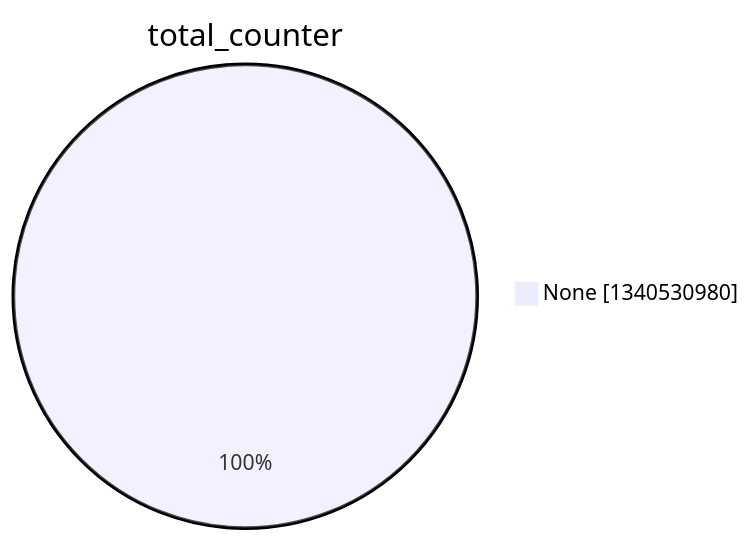
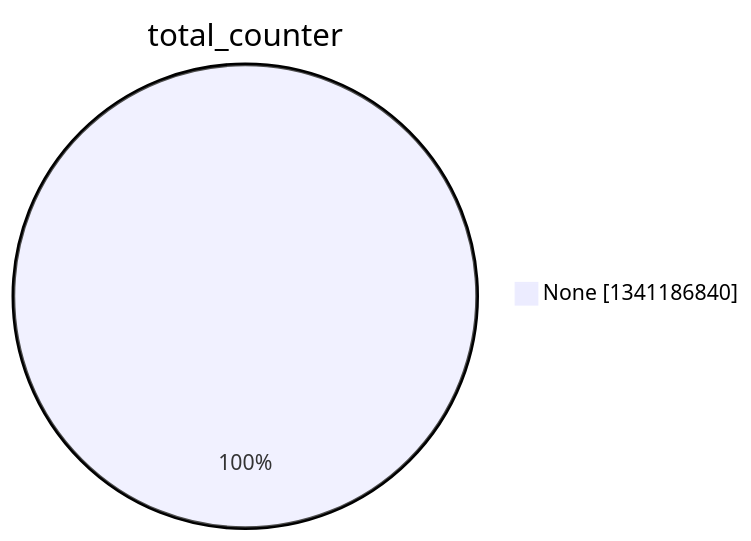
The second of 15 diagrams in argon2022/README.md (christiankrug/ctmonitor_visualization), drawn with Mermaid before and after one commit. The commit also changed other lines of this file, not shown here.

````diff
--- a/argon2022/README.md
+++ b/argon2022/README.md
@@ -9,5 +9,5 @@
 ```mermaid
 pie showData
 title total_counter
-"None" :1340530980
+"None" :1341186840
 ```
````
